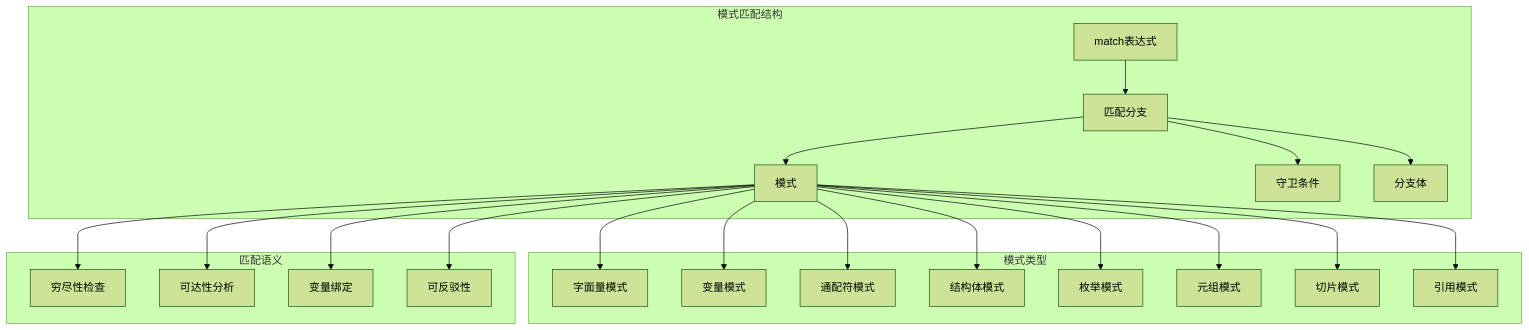
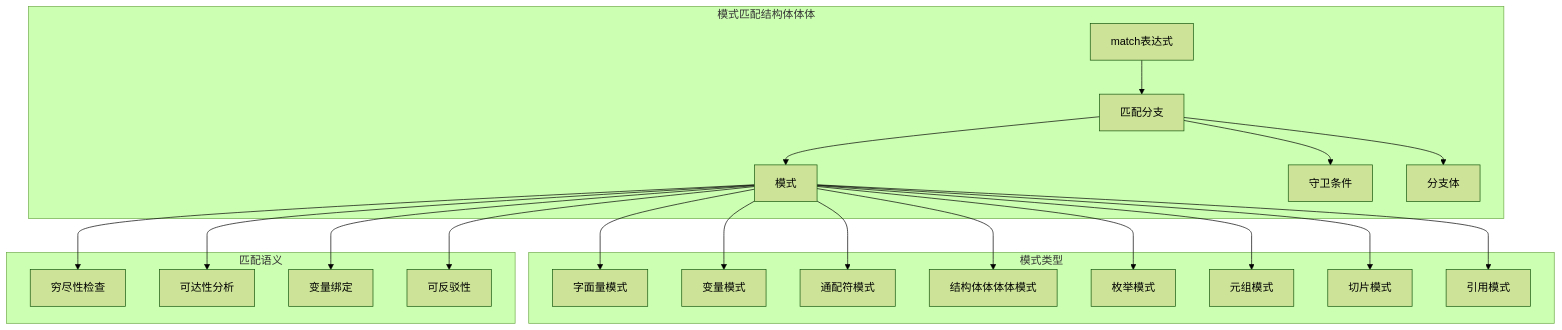
One commit to martin-ly/rust-lang changed the diagram in formal_rust/refactor/01_core_theory/02_control_semantics/01_control_flow_semantics/03_pattern_matching_semantics.md. Above: the diagram before and after it, drawn with Mermaid (forest theme). The commit also changed other lines of this file and 5740 other files, not shown here.

````diff
--- a/formal_rust/refactor/01_core_theory/02_control_semantics/01_control_flow_semantics/03_pattern_matching_semantics.md
+++ b/formal_rust/refactor/01_core_theory/02_control_semantics/01_control_flow_semantics/03_pattern_matching_semantics.md
@@ -79,47 +79,47 @@
 ```mermaid
 graph TB
-    subgraph "模式匹配结构"
+    subgraph "模式匹配结构体体体"
         MatchExpr[match表达式]
         Arms[匹配分支]
         Pattern[模式]
         Guard[守卫条件]
         Body[分支体]
     end
     
     subgraph "模式类型"
         Literal[字面量模式]
         Variable[变量模式]
         Wildcard[通配符模式]
-        Struct[结构体模式]
+        Struct[结构体体体体模式]
         Enum[枚举模式]
         Tuple[元组模式]
         Slice[切片模式]
         Reference[引用模式]
     end
     
     subgraph "匹配语义"
         Exhaustive[穷尽性检查]
         Reachable[可达性分析]
         Binding[变量绑定]
         Refutable[可反驳性]
     end
     
     MatchExpr --> Arms
     Arms --> Pattern
     Arms --> Guard
     Arms --> Body
     
     Pattern --> Literal
     Pattern --> Variable
     Pattern --> Wildcard
     Pattern --> Struct
     Pattern --> Enum
     Pattern --> Tuple
     Pattern --> Slice
     Pattern --> Reference
     
     Pattern --> Exhaustive
     Pattern --> Reachable
     Pattern --> Binding
     Pattern --> Refutable
 ```
````
